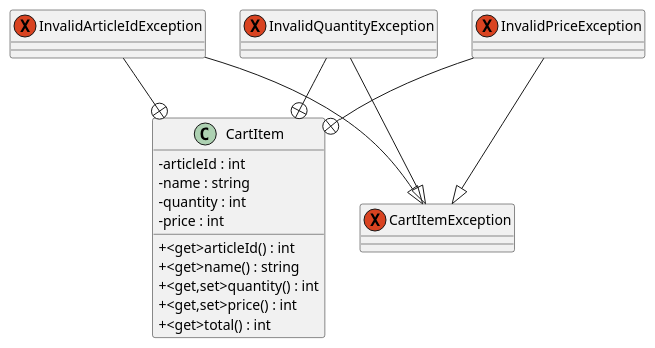
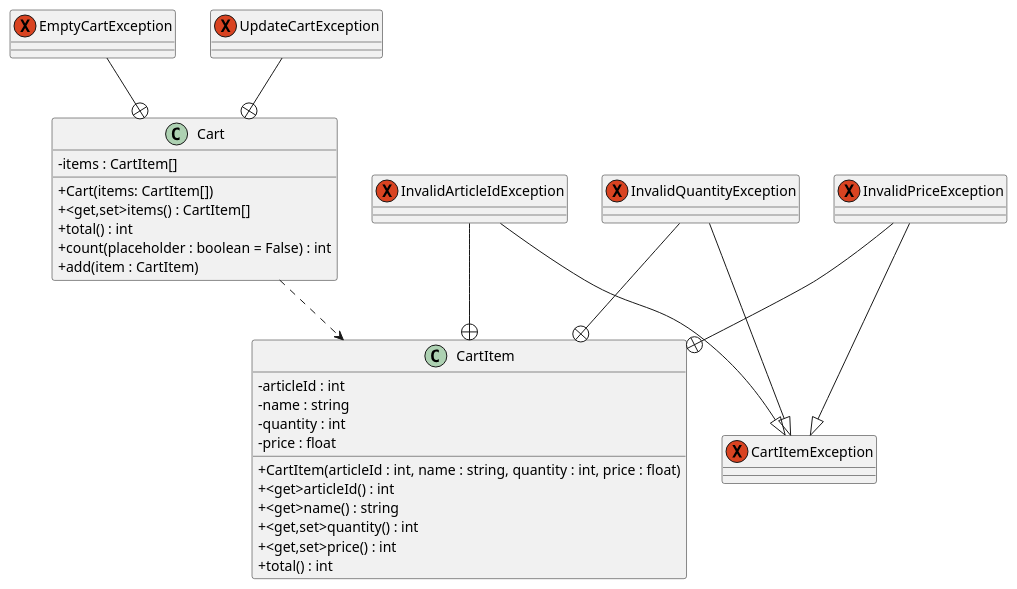
The diagram in docs/classe_uml.puml (Wildigg/Shopping), drawn with PlantUML before and after one commit.

Commit message:
docs: Updated class diagram

```diff
--- a/docs/classe_uml.puml
+++ b/docs/classe_uml.puml
@@ -1,36 +1,55 @@
 @startuml
 skinparam classAttributeIconSize 0
 
 
 class CartItem {
   - articleId : int
   - name : string
   - quantity : int
-  - price : int
+  - price : float
+  + CartItem(articleId : int, name : string, quantity : int, price : float)
   + <get>articleId() : int
   + <get>name() : string
   + <get,set>quantity() : int
   + <get,set>price() : int
-  + <get>total() : int
+  + total() : int
+}
+
+class Cart {
+  - items : CartItem[]
+  + Cart(items: CartItem[])
+  + <get,set>items() : CartItem[]
+  + total() : int
+  + count(placeholder : boolean = False) : int
+  + add(item : CartItem)
 }
 
 exception CartItemException {
 }
 
 exception InvalidArticleIdException {
 }
 
 exception InvalidQuantityException {
 }
 
 exception InvalidPriceException {
 }
 
+exception EmptyCartException {
+}
 
+exception UpdateCartException {
+}
+
+
+Cart ..> CartItem
 InvalidArticleIdException --|> CartItemException
 InvalidQuantityException --|> CartItemException
 InvalidPriceException --|> CartItemException
 InvalidArticleIdException --+ CartItem
 InvalidQuantityException --+ CartItem
 InvalidPriceException --+ CartItem
+EmptyCartException --+ Cart
+UpdateCartException --+ Cart
 @enduml
```
